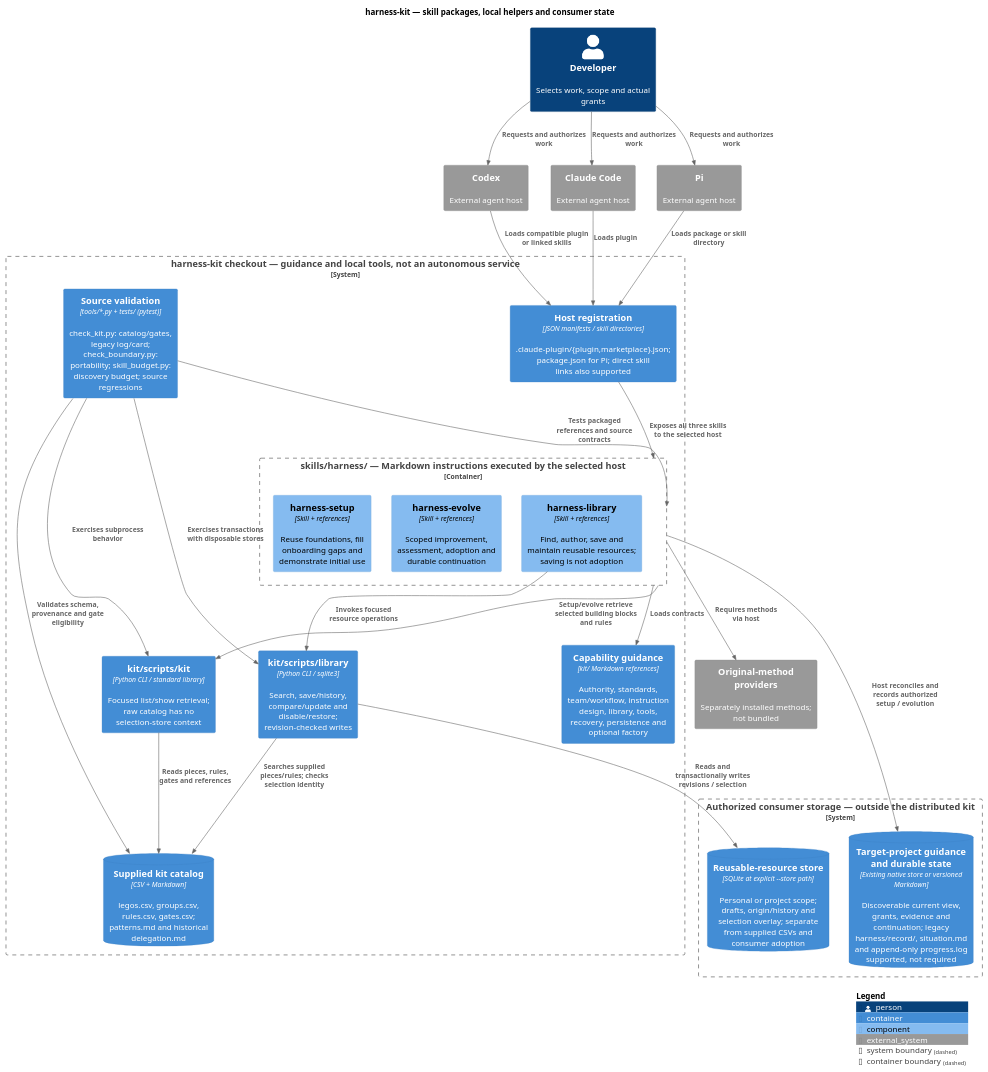
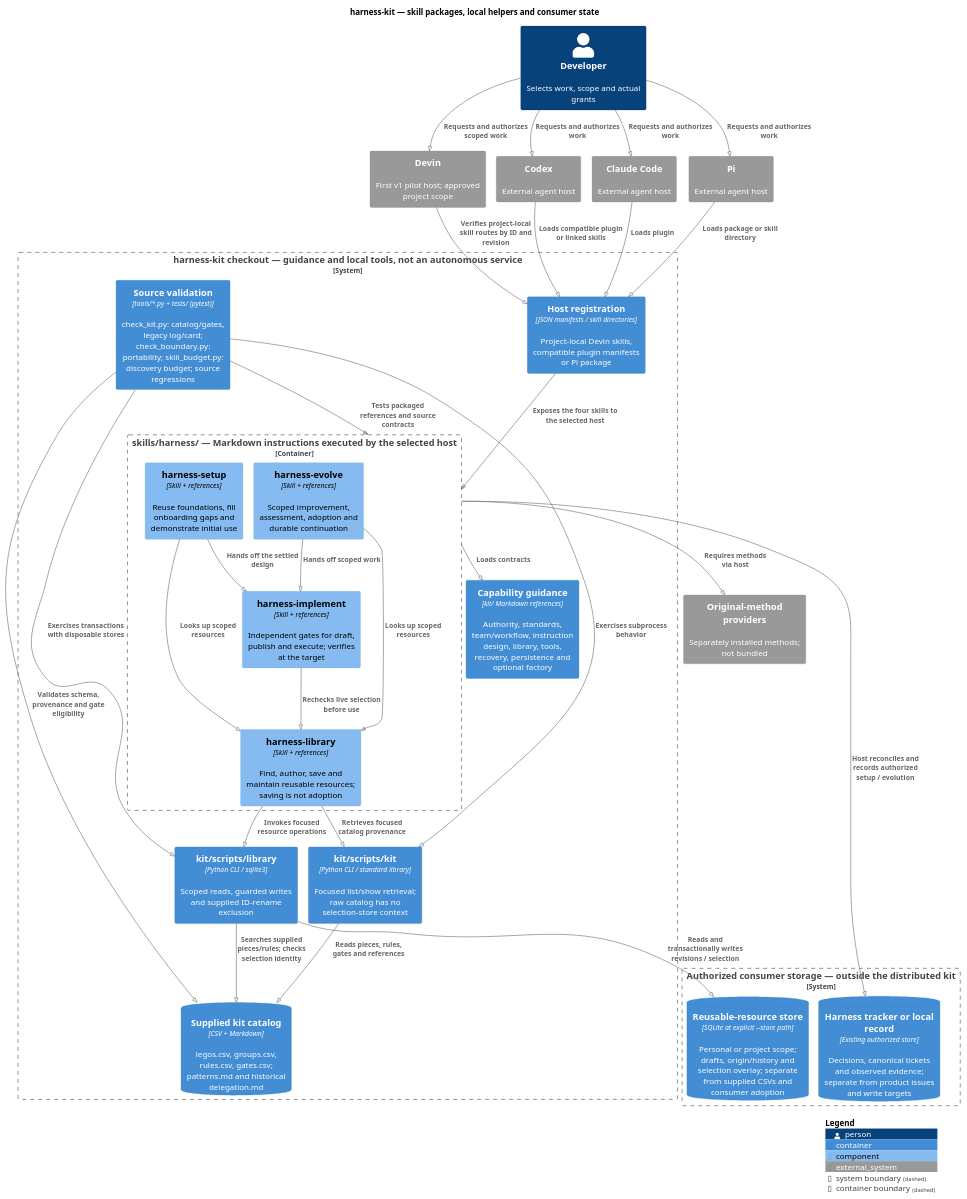
One commit to hanh9898/harness-kit changed the diagram in docs/architecture/harness-kit.puml. Above: the diagram before and after it, drawn with PlantUML. The commit also changed 36 other files, not shown here.

Commit message:
Author the Harness v1 skill suite

```diff
--- a/docs/architecture/harness-kit.puml
+++ b/docs/architecture/harness-kit.puml
@@ -1,56 +1,65 @@
 @startuml
+!pragma layout smetana
 !include https://raw.githubusercontent.com/plantuml-stdlib/C4-PlantUML/master/C4_Container.puml
 !include https://raw.githubusercontent.com/plantuml-stdlib/C4-PlantUML/master/C4_Component.puml
 
 title harness-kit — skill packages, local helpers and consumer state
 LAYOUT_TOP_DOWN()
 
 Person(developer, "Developer", "Selects work, scope and actual grants")
+System_Ext(devin, "Devin", "First v1 pilot host; approved project scope")
 System_Ext(codex, "Codex", "External agent host")
 System_Ext(claude, "Claude Code", "External agent host")
 System_Ext(pi, "Pi", "External agent host")
 System_Ext(methods, "Original-method providers", "Separately installed methods; not bundled")
 
 System_Boundary(repo, "harness-kit checkout — guidance and local tools, not an autonomous service") {
-  Container(registration, "Host registration", "JSON manifests / skill directories", ".claude-plugin/{plugin,marketplace}.json; package.json for Pi; direct skill links also supported")
+  Container(registration, "Host registration", "JSON manifests / skill directories", "Project-local Devin skills, compatible plugin manifests or Pi package")
   Container_Boundary(skills, "skills/harness/ — Markdown instructions executed by the selected host") {
     Component(setup, "harness-setup", "Skill + references", "Reuse foundations, fill onboarding gaps and demonstrate initial use")
     Component(evolve, "harness-evolve", "Skill + references", "Scoped improvement, assessment, adoption and durable continuation")
+    Component(implement, "harness-implement", "Skill + references", "Independent gates for draft, publish and execute; verifies at the target")
     Component(library, "harness-library", "Skill + references", "Find, author, save and maintain reusable resources; saving is not adoption")
   }
   Container(kitcli, "kit/scripts/kit", "Python CLI / standard library", "Focused list/show retrieval; raw catalog has no selection-store context")
-  Container(libcli, "kit/scripts/library", "Python CLI / sqlite3", "Search, save/history, compare/update and disable/restore; revision-checked writes")
+  Container(libcli, "kit/scripts/library", "Python CLI / sqlite3", "Scoped reads, guarded writes and supplied ID-rename exclusion")
   ContainerDb(catalog, "Supplied kit catalog", "CSV + Markdown", "legos.csv, groups.csv, rules.csv, gates.csv; patterns.md and historical delegation.md")
   Container(guidance, "Capability guidance", "kit/ Markdown references", "Authority, standards, team/workflow, instruction design, library, tools, recovery, persistence and optional factory")
   Container(checks, "Source validation", "tools/*.py + tests/ (pytest)", "check_kit.py: catalog/gates, legacy log/card; check_boundary.py: portability; skill_budget.py: discovery budget; source regressions")
 }
 
 System_Boundary(consumer, "Authorized consumer storage — outside the distributed kit") {
-  ContainerDb(records, "Target-project guidance and durable state", "Existing native store or versioned Markdown", "Discoverable current view, grants, evidence and continuation; legacy harness/record/, situation.md and append-only progress.log supported, not required")
+  ContainerDb(records, "Harness tracker or local record", "Existing authorized store", "Decisions, canonical tickets and observed evidence; separate from product issues and write targets")
   ContainerDb(store, "Reusable-resource store", "SQLite at explicit --store path", "Personal or project scope; drafts, origin/history and selection overlay; separate from supplied CSVs and consumer adoption")
 }
 
 Rel(developer, codex, "Requests and authorizes work")
+Rel(developer, devin, "Requests and authorizes scoped work")
 Rel(developer, claude, "Requests and authorizes work")
 Rel(developer, pi, "Requests and authorizes work")
 Rel(codex, registration, "Loads compatible plugin or linked skills")
+Rel(devin, registration, "Verifies project-local skill routes by ID and revision")
 Rel(claude, registration, "Loads plugin")
 Rel(pi, registration, "Loads package or skill directory")
-Rel(registration, skills, "Exposes all three skills to the selected host")
+Rel(registration, skills, "Exposes the four skills to the selected host")
 Lay_R(setup, evolve)
-Lay_R(evolve, library)
-Rel(skills, kitcli, "Setup/evolve retrieve selected building blocks and rules")
+Rel(setup, implement, "Hands off the settled design")
+Rel(evolve, implement, "Hands off scoped work")
+Rel(setup, library, "Looks up scoped resources")
+Rel(evolve, library, "Looks up scoped resources")
+Rel(implement, library, "Rechecks live selection before use")
+Rel(library, kitcli, "Retrieves focused catalog provenance")
 Rel(library, libcli, "Invokes focused resource operations")
 Rel(kitcli, catalog, "Reads pieces, rules, gates and references")
 Rel(libcli, catalog, "Searches supplied pieces/rules; checks selection identity")
 Rel(libcli, store, "Reads and transactionally writes revisions / selection")
 Rel(skills, guidance, "Loads contracts")
 Rel(skills, methods, "Requires methods\nvia host")
 Rel(skills, records, "Host reconciles and records authorized setup / evolution")
 Rel(checks, catalog, "Validates schema, provenance and gate eligibility")
 Rel(checks, skills, "Tests packaged references and source contracts")
 Rel(checks, kitcli, "Exercises subprocess behavior")
 Rel(checks, libcli, "Exercises transactions with disposable stores")
 
 SHOW_LEGEND()
 @enduml
```
